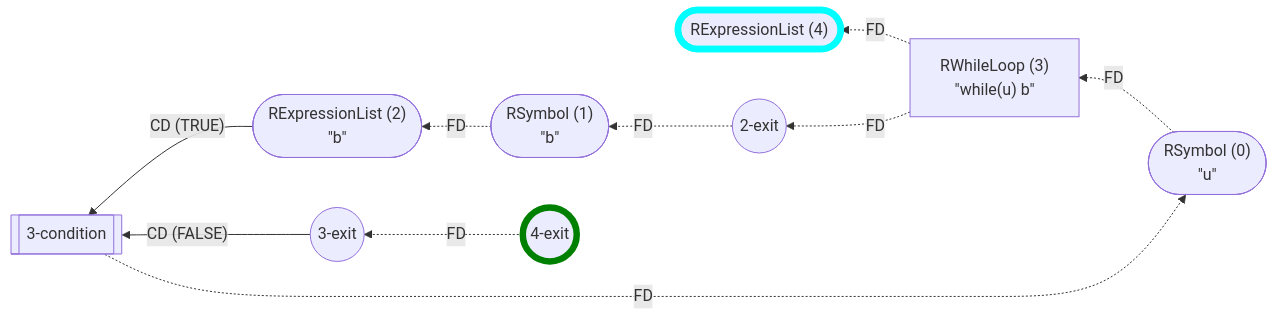
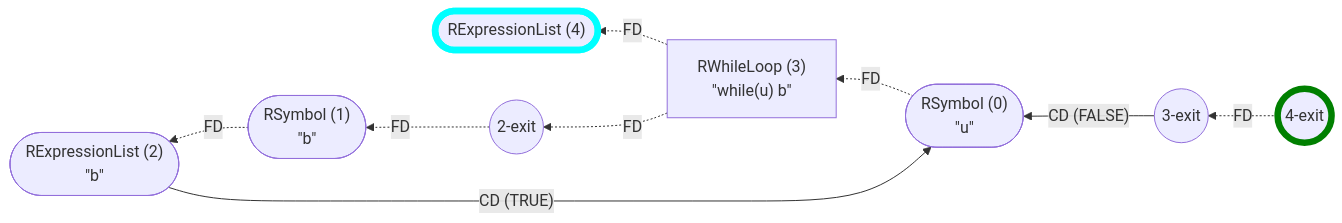
The ninth of 23 diagrams in wiki/Control Flow Graph.md (flowr-analysis/flowr), drawn with Mermaid before and after one commit. The commit also changed other lines of this file and 2 other files, not shown here.

````diff
--- a/wiki/Control Flow Graph.md
+++ b/wiki/Control Flow Graph.md
@@ -1018,26 +1004,24 @@
 ```mermaid
 flowchart RL
     n4(["`RExpressionList (4)`"])
     n0(["`RSymbol (0)
 #34;u#34;`"])
     n3["`RWhileLoop (3)
 #34;while(u) b#34;`"]
-    n3-condition[[3-condition]]
     n3-exit((3-exit))
     n2(["`RExpressionList (2)
 #34;b#34;`"])
     n1(["`RSymbol (1)
 #34;b#34;`"])
     n2-exit((2-exit))
     n4-exit((4-exit))
     n3 -.->|"FD"| n4
     n3 -.->|"FD"| n2-exit
     n1 -.->|"FD"| n2
     n2-exit -.->|"FD"| n1
     n0 -.->|"FD"| n3
-    n3-condition -.->|"FD"| n0
-    n2 -->|"CD (TRUE)"| n3-condition
-    n3-exit -->|"CD (FALSE)"| n3-condition
+    n2 -->|"CD (TRUE)"| n0
+    n3-exit -->|"CD (FALSE)"| n0
     n4-exit -.->|"FD"| n3-exit
     style n4 stroke:cyan,stroke-width:6.5px;    style n4-exit stroke:green,stroke-width:6.5px;
 ```
````
